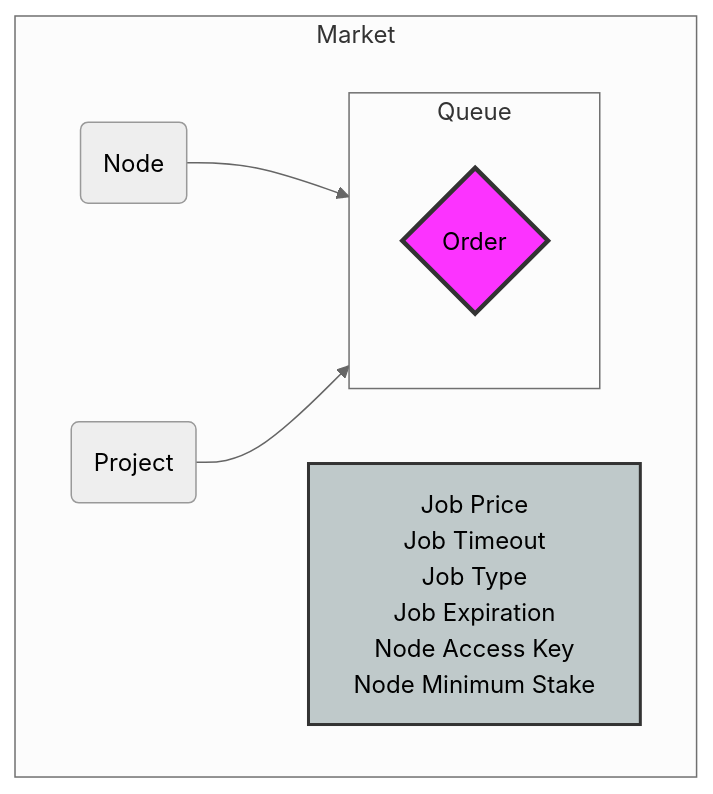
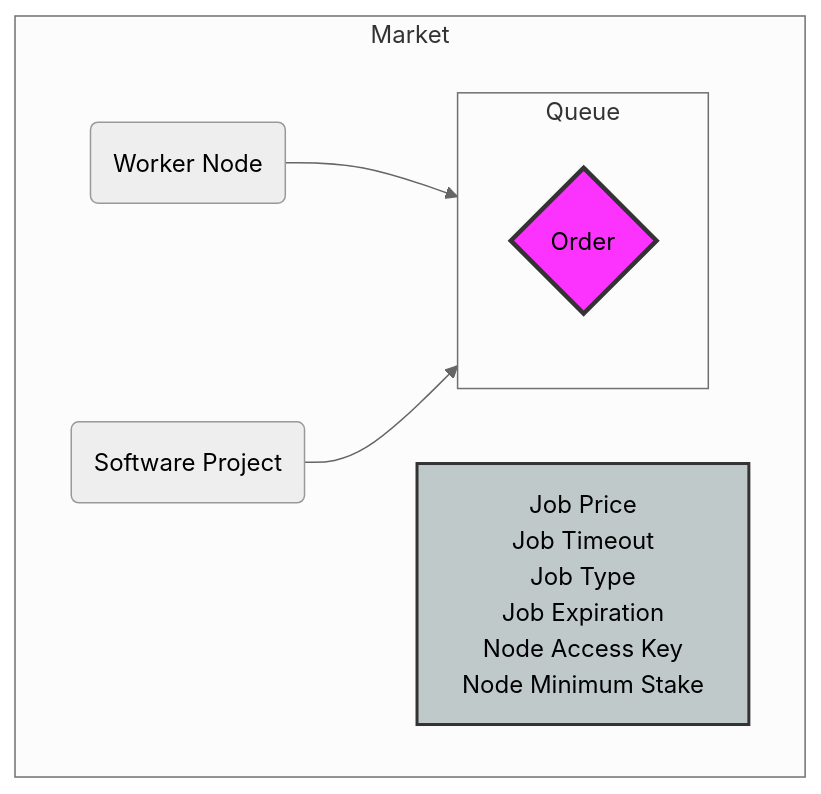
The fourth of 4 diagrams in docs/programs/jobs.md (nosana-ci/docs.nosana.io), drawn with Mermaid (neutral theme) before and after one commit. The commit also changed other lines of this file and 1 other file, not shown here.

````diff
--- a/docs/programs/jobs.md
+++ b/docs/programs/jobs.md
@@ -1077,24 +1080,24 @@
 ```mermaid
 flowchart TB
     subgraph Market
         node
         project
         market
         subgraph Queue
             order
         end
     end
 
     node --> Queue
     project --> Queue
 
-    node(Node)
-    project(Project)
+    node(Worker Node)
+    project(Software Project)
     order{Order}
     market[Job Price<br>Job Timeout<br>Job Type<br>Job Expiration<br>Node Access Key<br>Node Minimum Stake]
 
     classDef purple fill:#FC33FF,stroke:#333,stroke-width:3px;
     classDef grey fill:#BFC9CA,stroke:#333,stroke-width:2px;
     class order purple;
     class market grey;
 ```
````
